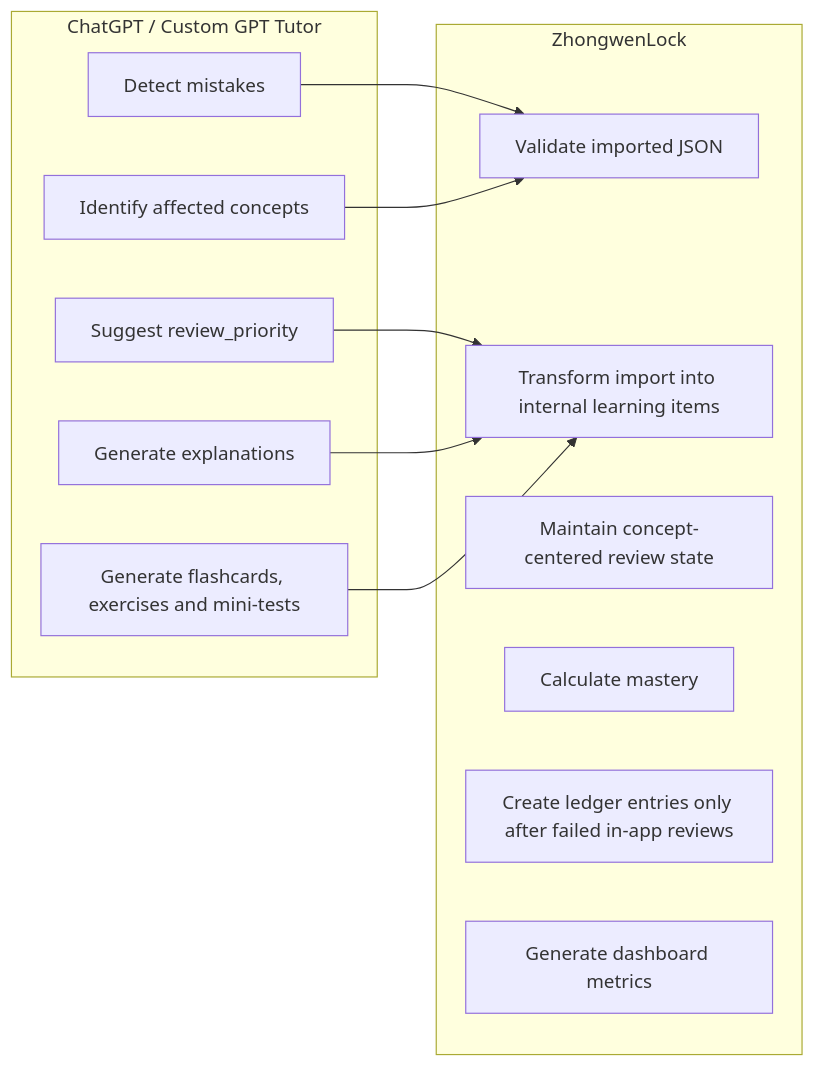
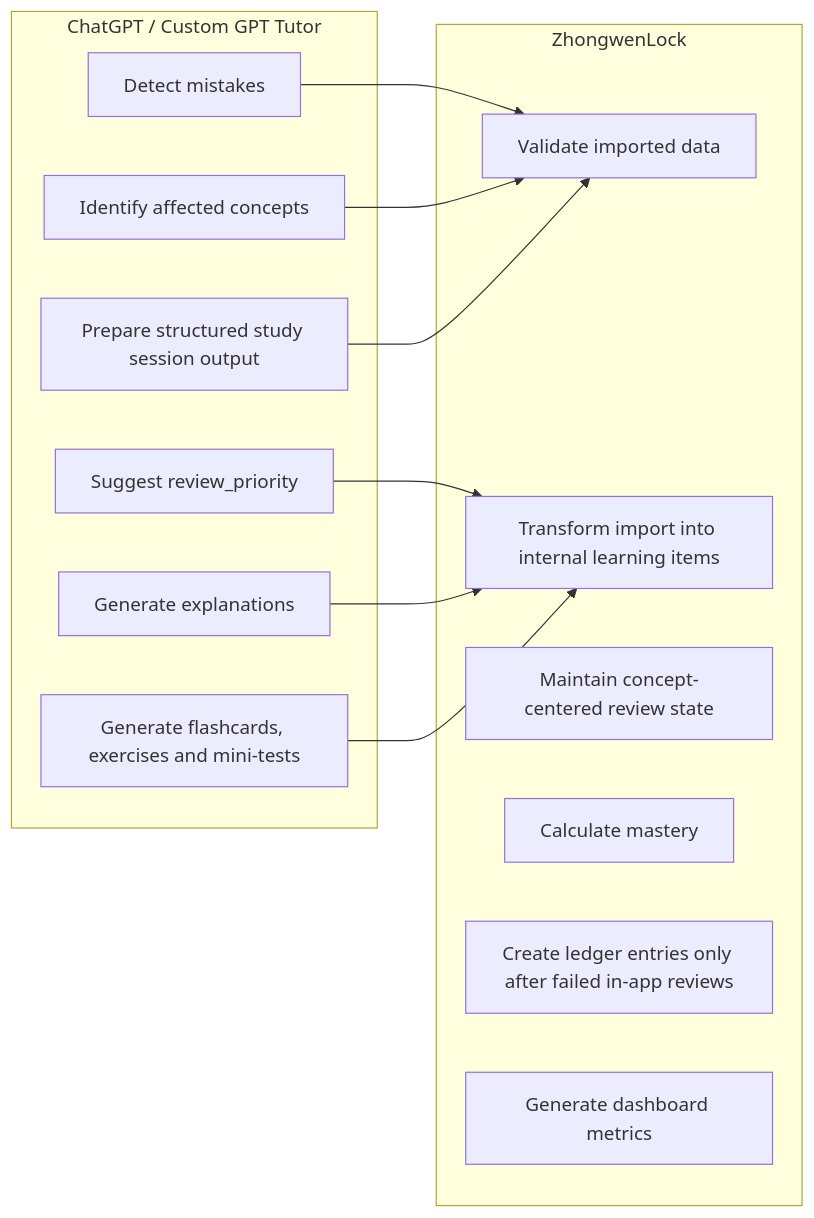
The sixth of 8 diagrams in docs/DIAGRAMS.md (JuanRoBe3/zhongwenlock), drawn with Mermaid before and after one commit. The commit also changed other lines of this file, not shown here.

Commit message:
docs(architecture): separate validation path from target mvp

````diff
--- a/docs/DIAGRAMS.md
+++ b/docs/DIAGRAMS.md
@@ -157,25 +231,27 @@
 ```mermaid
 flowchart LR
     subgraph ChatGPT["ChatGPT / Custom GPT Tutor"]
         A[Detect mistakes]
         B[Identify affected concepts]
         C[Suggest review_priority]
         D[Generate explanations]
         E[Generate flashcards, exercises and mini-tests]
+        F[Prepare structured study session output]
     end
 
     subgraph ZhongwenLock["ZhongwenLock"]
-        F[Validate imported JSON]
-        G[Transform import into internal learning items]
-        H[Maintain concept-centered review state]
-        I[Calculate mastery]
-        J[Create ledger entries only after failed in-app reviews]
-        K[Generate dashboard metrics]
+        G[Validate imported data]
+        H[Transform import into internal learning items]
+        I[Maintain concept-centered review state]
+        J[Calculate mastery]
+        K[Create ledger entries only after failed in-app reviews]
+        L[Generate dashboard metrics]
     end
 
-    A --> F
-    B --> F
-    C --> G
-    D --> G
-    E --> G
+    A --> G
+    B --> G
+    C --> H
+    D --> H
+    E --> H
+    F --> G
 ```
````
